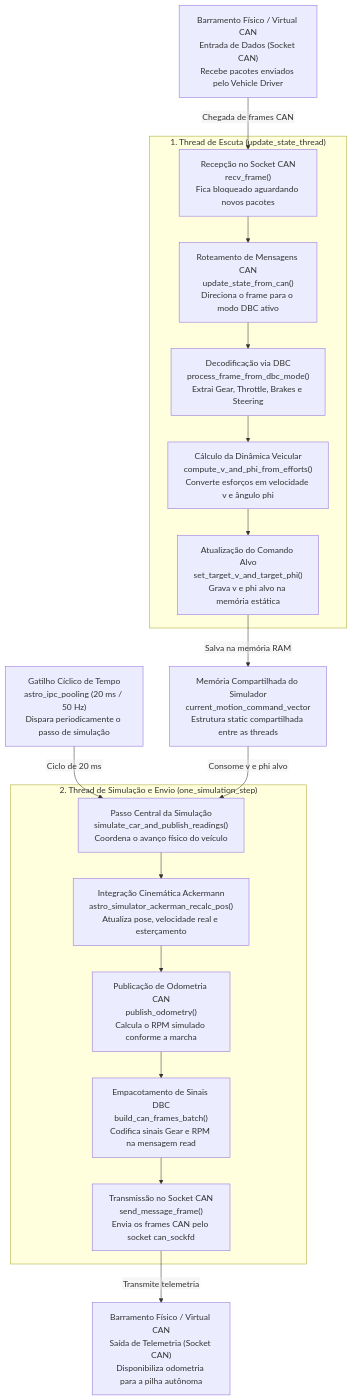
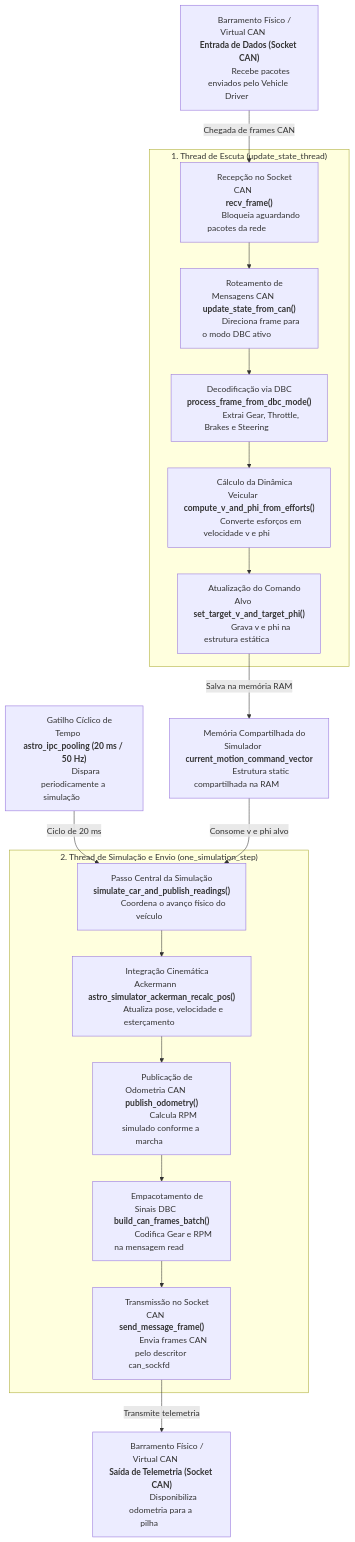
One commit to BrenoCSilva/lume changed the diagram in README.md. Above: the diagram before and after it, drawn with Mermaid.

````diff
--- a/README.md
+++ b/README.md
@@ -40,30 +40,29 @@
 ```mermaid
-%%{init: {'flowchart': {'htmlLabels': false}} }%%
 flowchart TD
-    CAN_IN["Barramento Físico / Virtual CAN<br/>Entrada de Dados (Socket CAN)<br/>Recebe pacotes enviados pelo Vehicle Driver"]
+    CAN_IN["<span style='padding:0 24px'>Barramento Físico / Virtual CAN</span><br/><b style='color:#69f0ae; padding:0 24px'>Entrada de Dados (Socket CAN)</b><br/><span style='padding:0 24px'>⠀⠀Recebe pacotes enviados pelo Vehicle Driver⠀⠀</span>"]
 
     CAN_IN -->|"Chegada de frames CAN"| RECV
 
     subgraph ThreadEscuta ["1. Thread de Escuta (update_state_thread)"]
-        RECV["Recepção no Socket CAN<br/>recv_frame()<br/>Fica bloqueado aguardando novos pacotes"]
-        RECV --> UPDATE["Roteamento de Mensagens CAN<br/>update_state_from_can()<br/>Direciona o frame para o modo DBC ativo"]
-        UPDATE --> PROC_DBC["Decodificação via DBC<br/>process_frame_from_dbc_mode()<br/>Extrai Gear, Throttle, Brakes e Steering"]
-        PROC_DBC --> CALC_DYN["Cálculo da Dinâmica Veicular<br/>compute_v_and_phi_from_efforts()<br/>Converte esforços em velocidade v e ângulo phi"]
-        CALC_DYN --> SET_TARGET["Atualização do Comando Alvo<br/>set_target_v_and_target_phi()<br/>Grava v e phi alvo na memória estática"]
+        RECV["<span style='padding:0 24px'>Recepção no Socket CAN</span><br/><b style='color:#4fc3f7; padding:0 24px'>recv_frame()</b><br/><span style='padding:0 24px'>⠀⠀Bloqueia aguardando pacotes da rede⠀⠀</span>"]
+        RECV --> UPDATE["<span style='padding:0 24px'>Roteamento de Mensagens CAN</span><br/><b style='color:#4fc3f7; padding:0 24px'>update_state_from_can()</b><br/><span style='padding:0 24px'>⠀⠀Direciona frame para o modo DBC ativo⠀⠀</span>"]
+        UPDATE --> PROC_DBC["<span style='padding:0 24px'>Decodificação via DBC</span><br/><b style='color:#4fc3f7; padding:0 24px'>process_frame_from_dbc_mode()</b><br/><span style='padding:0 24px'>⠀⠀Extrai Gear, Throttle, Brakes e Steering⠀⠀</span>"]
+        PROC_DBC --> CALC_DYN["<span style='padding:0 24px'>Cálculo da Dinâmica Veicular</span><br/><b style='color:#4fc3f7; padding:0 24px'>compute_v_and_phi_from_efforts()</b><br/><span style='padding:0 24px'>⠀⠀Converte esforços em velocidade v e phi⠀⠀</span>"]
+        CALC_DYN --> SET_TARGET["<span style='padding:0 24px'>Atualização do Comando Alvo</span><br/><b style='color:#4fc3f7; padding:0 24px'>set_target_v_and_target_phi()</b><br/><span style='padding:0 24px'>⠀⠀Grava v e phi na estrutura estática⠀⠀</span>"]
     end
 
-    SET_TARGET -->|"Salva na memória RAM"| MEM["Memória Compartilhada do Simulador<br/>current_motion_command_vector<br/>Estrutura static compartilhada entre as threads"]
+    SET_TARGET -->|"Salva na memória RAM"| MEM["<span style='padding:0 24px'>Memória Compartilhada do Simulador</span><br/><b style='color:#ffb74d; padding:0 24px'>current_motion_command_vector</b><br/><span style='padding:0 24px'>⠀⠀Estrutura static compartilhada na RAM⠀⠀</span>"]
 
-    TIMER["Gatilho Cíclico de Tempo<br/>astro_ipc_pooling (20 ms / 50 Hz)<br/>Dispara periodicamente o passo de simulação"] -->|"Ciclo de 20 ms"| SIM_STEP
+    TIMER["<span style='padding:0 24px'>Gatilho Cíclico de Tempo</span><br/><b style='color:#ffb74d; padding:0 24px'>astro_ipc_pooling (20 ms / 50 Hz)</b><br/><span style='padding:0 24px'>⠀⠀Dispara periodicamente a simulação⠀⠀</span>"] -->|"Ciclo de 20 ms"| SIM_STEP
     MEM -->|"Consome v e phi alvo"| SIM_STEP
 
     subgraph ThreadSimulacao ["2. Thread de Simulação e Envio (one_simulation_step)"]
-        SIM_STEP["Passo Central da Simulação<br/>simulate_car_and_publish_readings()<br/>Coordena o avanço físico do veículo"]
-        SIM_STEP --> RECALC["Integração Cinemática Ackermann<br/>astro_simulator_ackerman_recalc_pos()<br/>Atualiza pose, velocidade real e esterçamento"]
-        RECALC --> PUB_ODO["Publicação de Odometria CAN<br/>publish_odometry()<br/>Calcula o RPM simulado conforme a marcha"]
-        PUB_ODO --> BATCH["Empacotamento de Sinais DBC<br/>build_can_frames_batch()<br/>Codifica sinais Gear e RPM na mensagem read"]
-        BATCH --> SEND["Transmissão no Socket CAN<br/>send_message_frame()<br/>Envia os frames CAN pelo socket can_sockfd"]
+        SIM_STEP["<span style='padding:0 24px'>Passo Central da Simulação</span><br/><b style='color:#4fc3f7; padding:0 24px'>simulate_car_and_publish_readings()</b><br/><span style='padding:0 24px'>⠀⠀Coordena o avanço físico do veículo⠀⠀</span>"]
+        SIM_STEP --> RECALC["<span style='padding:0 24px'>Integração Cinemática Ackermann</span><br/><b style='color:#4fc3f7; padding:0 24px'>astro_simulator_ackerman_recalc_pos()</b><br/><span style='padding:0 24px'>⠀⠀Atualiza pose, velocidade e esterçamento⠀⠀</span>"]
+        RECALC --> PUB_ODO["<span style='padding:0 24px'>Publicação de Odometria CAN</span><br/><b style='color:#4fc3f7; padding:0 24px'>publish_odometry()</b><br/><span style='padding:0 24px'>⠀⠀Calcula RPM simulado conforme a marcha⠀⠀</span>"]
+        PUB_ODO --> BATCH["<span style='padding:0 24px'>Empacotamento de Sinais DBC</span><br/><b style='color:#4fc3f7; padding:0 24px'>build_can_frames_batch()</b><br/><span style='padding:0 24px'>⠀⠀Codifica Gear e RPM na mensagem read⠀⠀</span>"]
+        BATCH --> SEND["<span style='padding:0 24px'>Transmissão no Socket CAN</span><br/><b style='color:#4fc3f7; padding:0 24px'>send_message_frame()</b><br/><span style='padding:0 24px'>⠀⠀Envia frames CAN pelo descritor can_sockfd⠀⠀</span>"]
     end
 
-    SEND -->|"Transmite telemetria"| CAN_OUT["Barramento Físico / Virtual CAN<br/>Saída de Telemetria (Socket CAN)<br/>Disponibiliza odometria para a pilha autônoma"]
+    SEND -->|"Transmite telemetria"| CAN_OUT["<span style='padding:0 24px'>Barramento Físico / Virtual CAN</span><br/><b style='color:#69f0ae; padding:0 24px'>Saída de Telemetria (Socket CAN)</b><br/><span style='padding:0 24px'>⠀⠀Disponibiliza odometria para a pilha⠀⠀</span>"]
 ```
````
